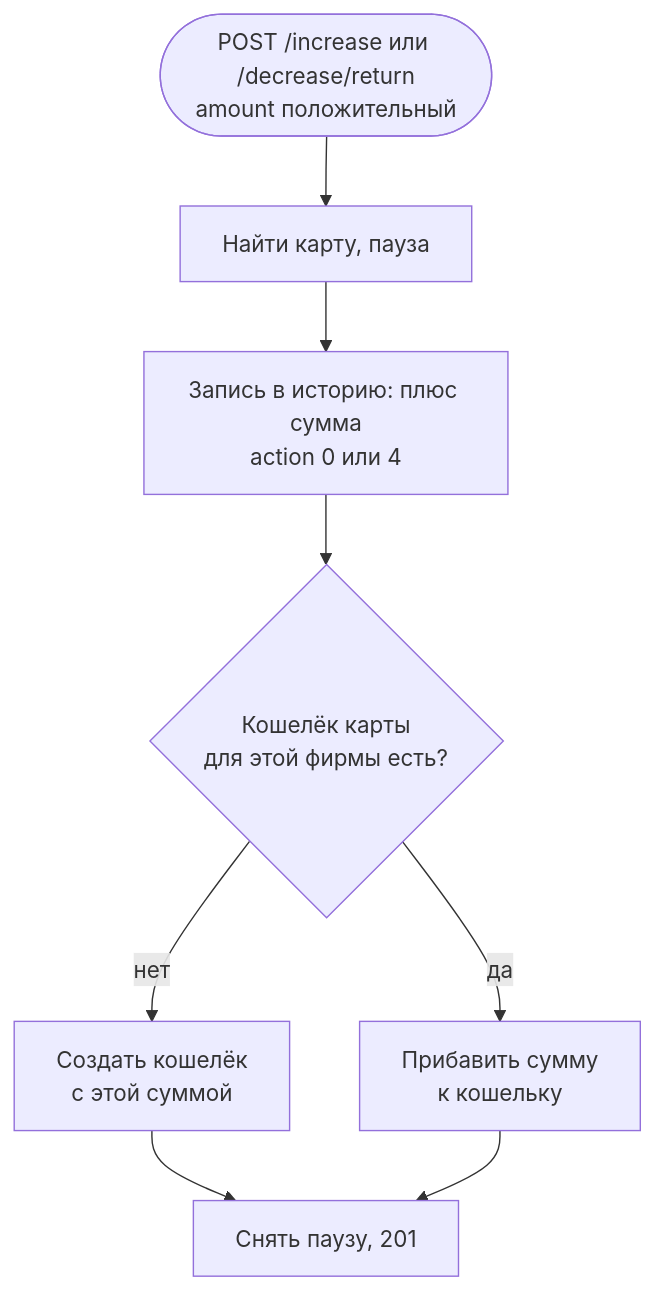
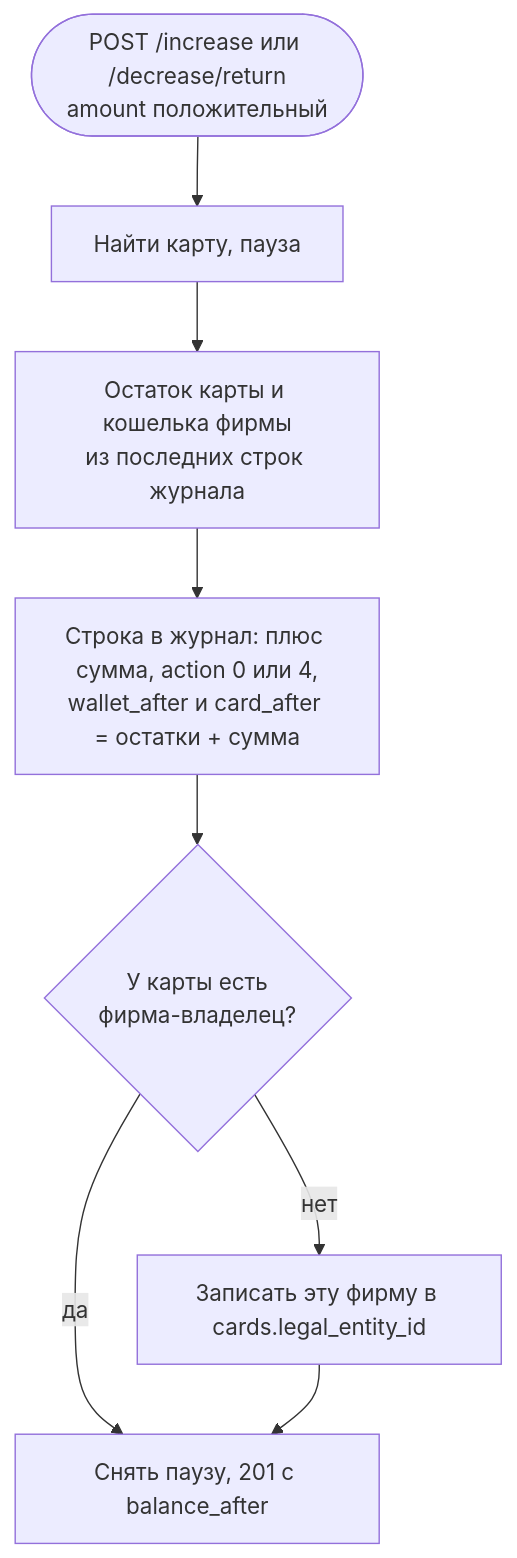
One commit to maltcevrg/apteka_api changed the fifth of 9 diagrams in docs/10-shemy-operatsij.md. Above: the diagram before and after it, drawn with Mermaid. The commit also changed other lines of this file and 7 other files, not shown here.

````diff
--- a/docs/10-shemy-operatsij.md
+++ b/docs/10-shemy-operatsij.md
@@ -84,10 +81,10 @@
 ```mermaid
 flowchart TD
     A([POST /increase или /decrease/return<br/>amount положительный]) --> B[Найти карту, пауза]
-    B --> C[Запись в историю: плюс сумма<br/>action 0 или 4]
-    C --> D{Кошелёк карты<br/>для этой фирмы есть?}
-    D -- нет --> D1[Создать кошелёк<br/>с этой суммой]
-    D -- да --> D2[Прибавить сумму<br/>к кошельку]
-    D1 --> E[Снять паузу, 201]
+    B --> C[Остаток карты и кошелька фирмы<br/>из последних строк журнала]
+    C --> D[Строка в журнал: плюс сумма, action 0 или 4,<br/>wallet_after и card_after = остатки + сумма]
+    D --> D1{У карты есть<br/>фирма-владелец?}
+    D1 -- нет --> D2[Записать эту фирму в cards.legal_entity_id]
+    D1 -- да --> E[Снять паузу, 201 с balance_after]
     D2 --> E
 ```
````
